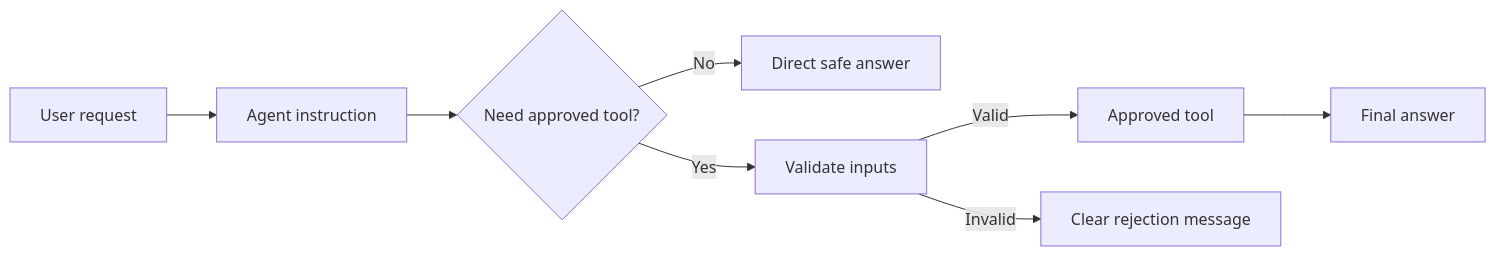
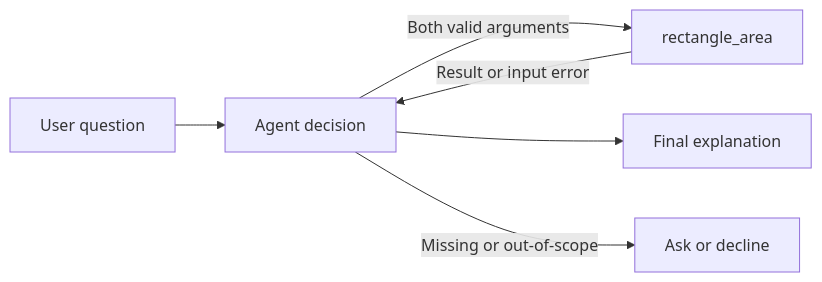
The diagram in M03-Context-Orchestration/Flowise/M03D-Flowise-AgentFlow-Safe-Tools.md (tulip-lab/agentic-AI-lab), drawn with Mermaid before and after one commit. The commit also changed other lines of this file and 31 other files, not shown here.

Commit message:
docs(m03): rebuild English Flowise labs with verified examples

````diff
--- a/M03-Context-Orchestration/Flowise/M03D-Flowise-AgentFlow-Safe-Tools.md
+++ b/M03-Context-Orchestration/Flowise/M03D-Flowise-AgentFlow-Safe-Tools.md
@@ -35,10 +75,8 @@
-```mermaid
+~~~mermaid
 flowchart LR
-    A[User request] --> B[Agent instruction]
-    B --> C{Need approved tool?}
-    C -->|No| D[Direct safe answer]
-    C -->|Yes| E[Validate inputs]
-    E -->|Valid| F[Approved tool]
-    E -->|Invalid| G[Clear rejection message]
-    F --> H[Final answer]
-```
+    U[User question] --> A[Agent decision]
+    A -->|Both valid arguments| T[rectangle_area]
+    T -->|Result or input error| A
+    A --> F[Final explanation]
+    A -->|Missing or out-of-scope| R[Ask or decline]
+~~~
````
